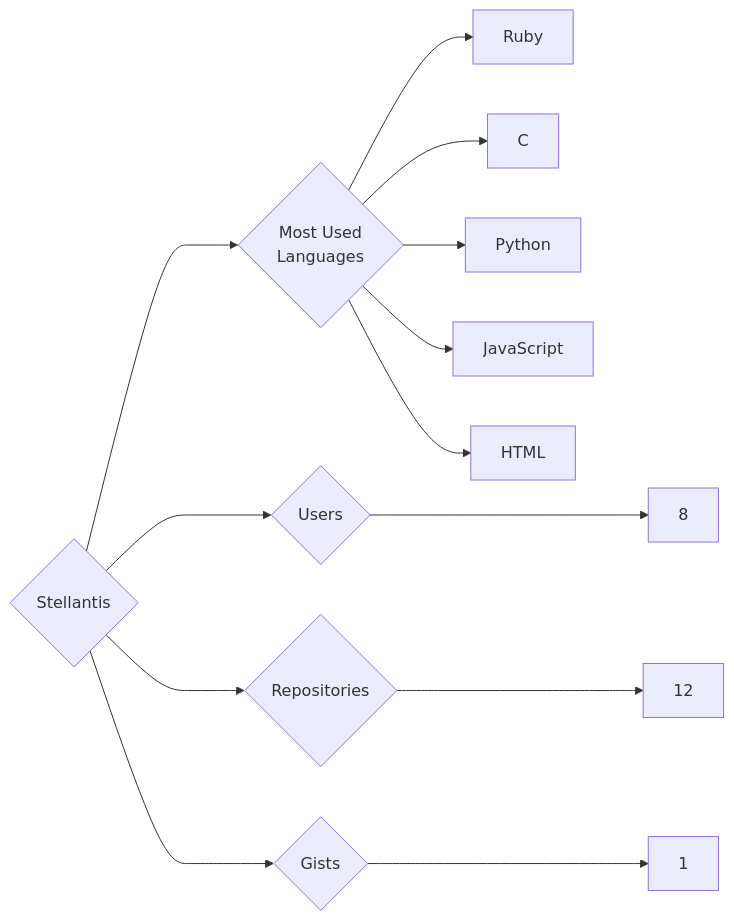
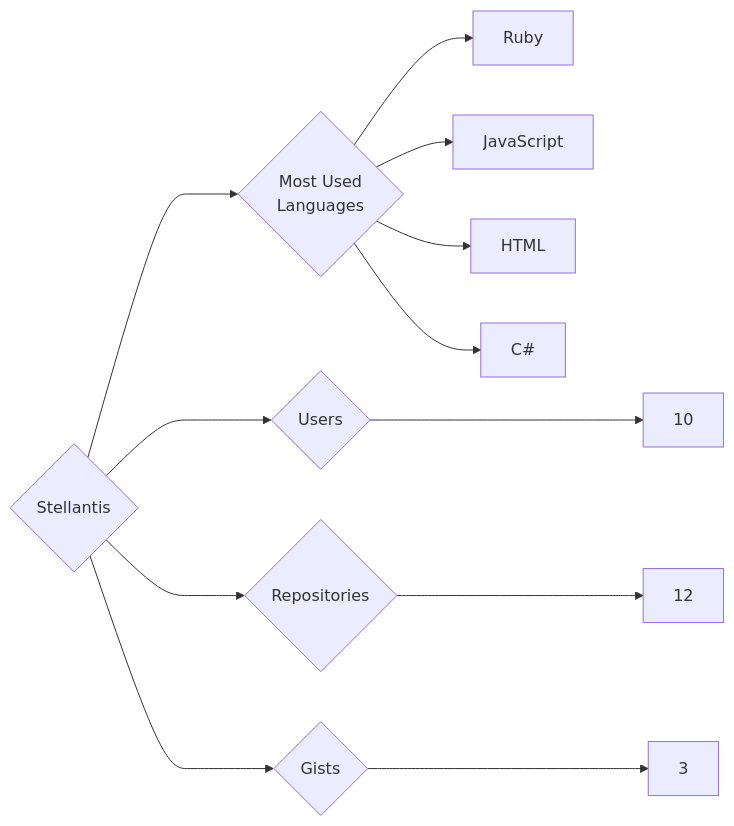
Before and after one commit to trickest/insiders: the diagram in targets/Stellantis/README.md, drawn with Mermaid. The commit also changed 775 other files, not shown here.

````diff
--- a/targets/Stellantis/README.md
+++ b/targets/Stellantis/README.md
@@ -3,13 +3,12 @@
 ```mermaid
 graph LR
 COMPANY_NAME{Stellantis}
-COMPANY_NAME ---> U{Users} ---> UN[8]
+COMPANY_NAME ---> U{Users} ---> UN[10]
 COMPANY_NAME ---> R{Repositories} ---> RN[12]
-COMPANY_NAME ---> G{Gists} ---> GN[1]
+COMPANY_NAME ---> G{Gists} ---> GN[3]
 COMPANY_NAME ---> ML{Most Used<br>Languages}
 ML --> Ruby[Ruby]
-ML --> C[C]
-ML --> Python[Python]
 ML --> JavaScript[JavaScript]
 ML --> HTML[HTML]
+ML --> C#[C#]
 ```
````
